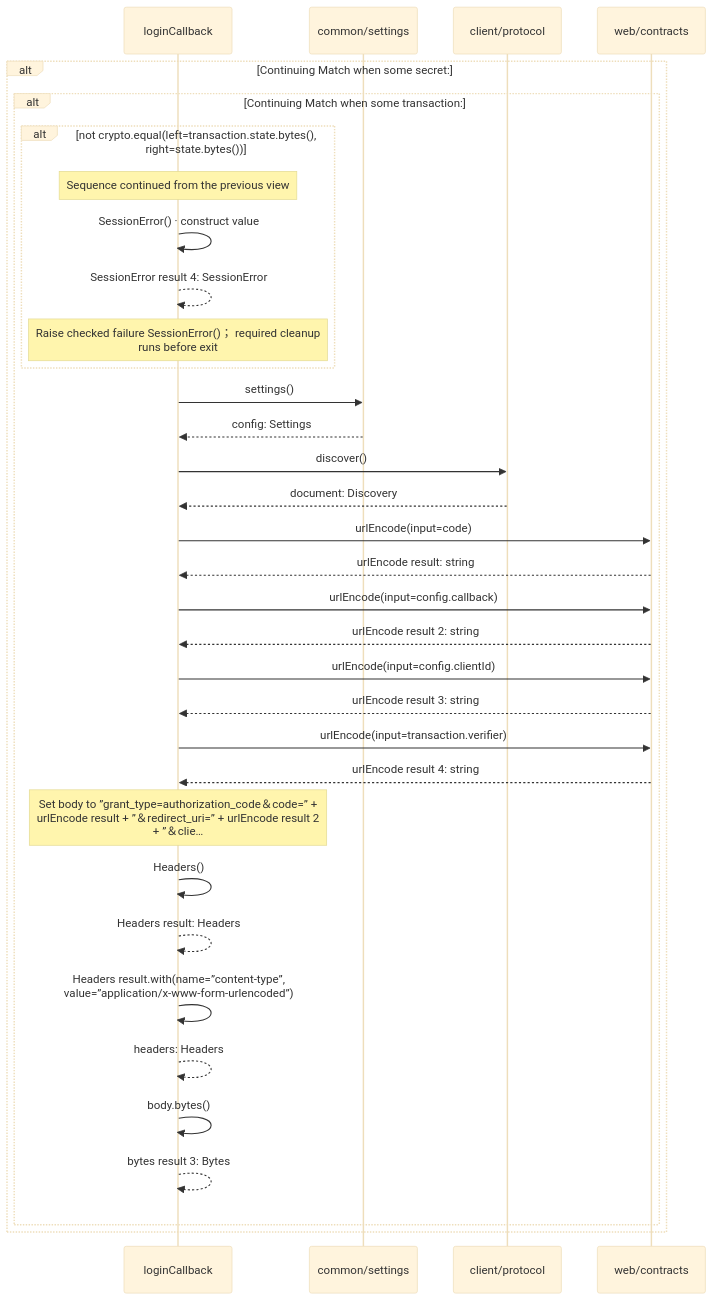
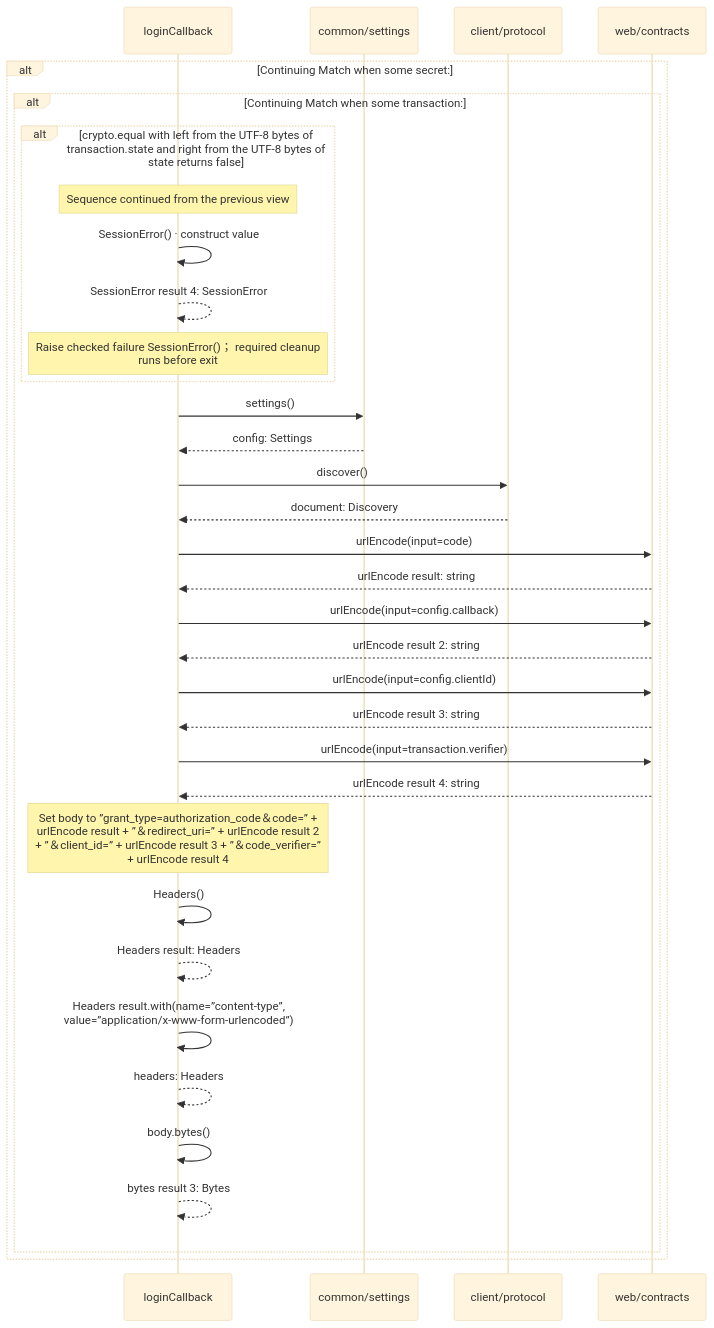
Before and after one commit to GreenPandaStudios/augscript: the tenth of 13 diagrams in docs/examples/oidc-login/client/login-diagrams.md, drawn with Mermaid (base theme). The commit also changed other lines of this file and 658 other files, not shown here.

````diff
--- a/docs/examples/oidc-login/client/login-diagrams.md
+++ b/docs/examples/oidc-login/client/login-diagrams.md
@@ -253,36 +277,36 @@
 ```mermaid
 sequenceDiagram
     participant p0 as loginCallback
     participant p1 as common/settings
     participant p2 as client/protocol
     participant p3 as web/contracts
     alt Continuing Match when some secret:
     alt Continuing Match when some transaction:
-    alt not crypto.equal(left=transaction.state.bytes(), right=state.bytes())
+    alt crypto.equal with left from the UTF-8 bytes of<br/>transaction.state and right from the UTF-8 bytes of<br/>state returns false
     Note over p0: Sequence continued from the previous view
     p0->>p0: SessionError() · construct value
     p0-->>p0: SessionError result 4: SessionError
     Note over p0: Raise checked failure SessionError()； required cleanup<br/>runs before exit
     end
     p0->>p1: settings()
     p1-->>p0: config: Settings
     p0->>p2: discover()
     p2-->>p0: document: Discovery
     p0->>p3: urlEncode(input=code)
     p3-->>p0: urlEncode result: string
     p0->>p3: urlEncode(input=config.callback)
     p3-->>p0: urlEncode result 2: string
     p0->>p3: urlEncode(input=config.clientId)
     p3-->>p0: urlEncode result 3: string
     p0->>p3: urlEncode(input=transaction.verifier)
     p3-->>p0: urlEncode result 4: string
-    Note over p0: Set body to ”grant_type=authorization_code＆code=” +<br/>urlEncode result + ”＆redirect_uri=” + urlEncode result 2<br/>+ ”＆clie…
+    Note over p0: Set body to ”grant_type=authorization_code＆code=” +<br/>urlEncode result + ”＆redirect_uri=” + urlEncode result 2<br/>+ ”＆client_id=” + urlEncode result 3 + ”＆code_verifier=”<br/>+ urlEncode result 4
     p0->>p0: Headers()
     p0-->>p0: Headers result: Headers
     p0->>p0: Headers result.with(name=”content-type”,<br/>value=”application/x-www-form-urlencoded”)
     p0-->>p0: headers: Headers
     p0->>p0: body.bytes()
     p0-->>p0: bytes result 3: Bytes
     end
     end
 ```
````
